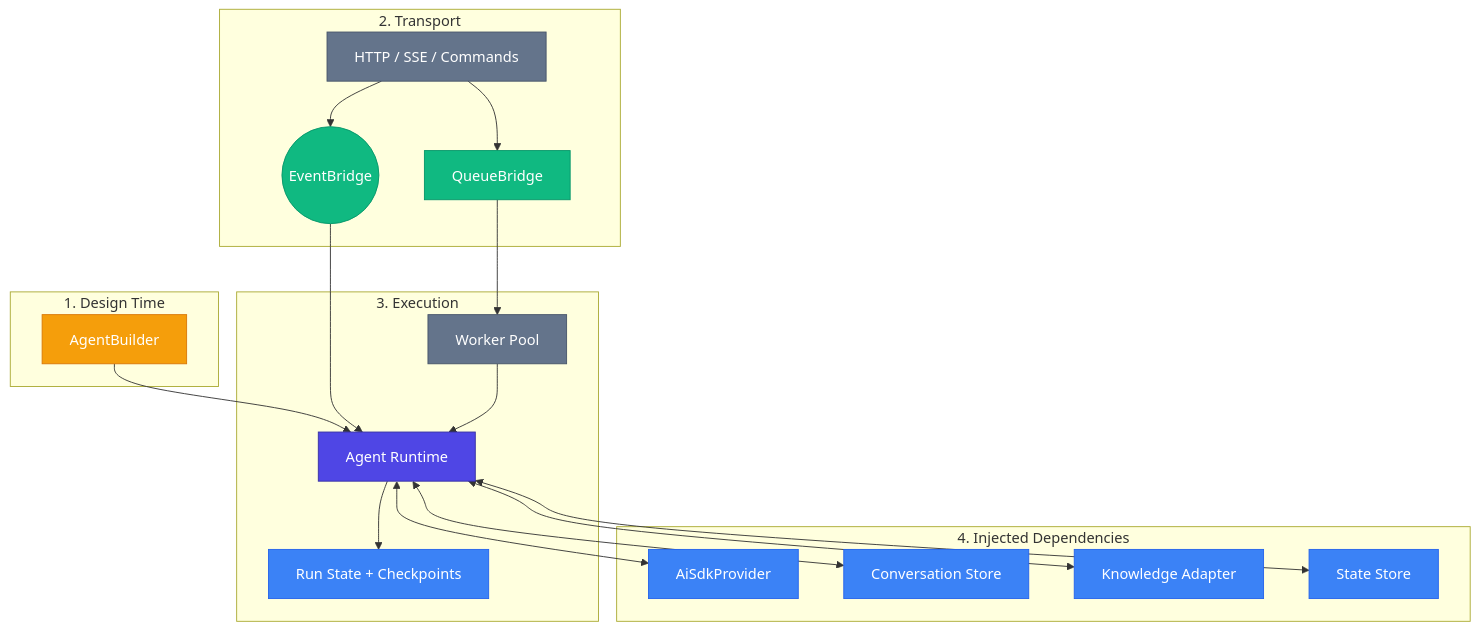
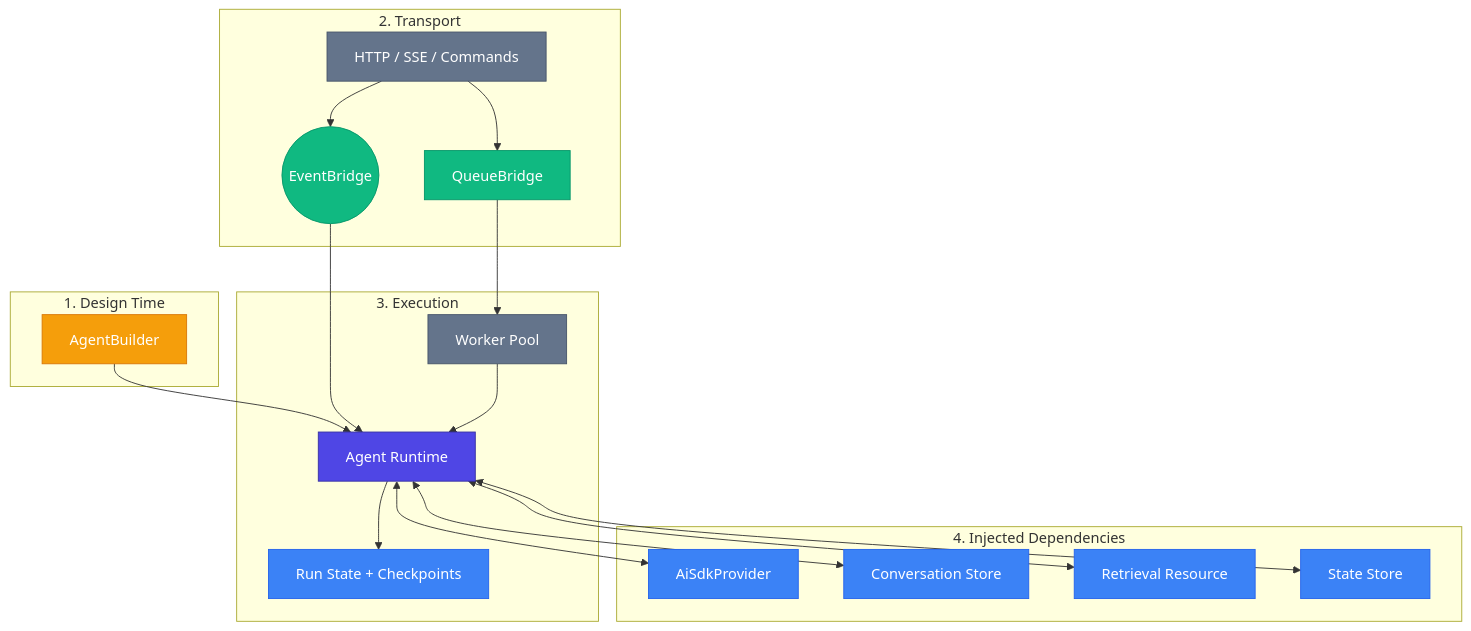
Before and after one commit to puristajs/purista: the diagram in website/doc/handbook/2_building_business-logic/agent/index.md, drawn with Mermaid. The commit also changed other lines of this file and 3121 other files, not shown here.

````diff
--- a/website/doc/handbook/2_building_business-logic/agent/index.md
+++ b/website/doc/handbook/2_building_business-logic/agent/index.md
@@ -20,42 +20,42 @@
 ```mermaid
 flowchart TB
     classDef builder fill:#f59e0b,color:#fff,stroke:#d97706
     classDef runtime fill:#4f46e5,color:#fff,stroke:#3730a3
     classDef bridge fill:#10b981,color:#fff,stroke:#059669
     classDef storage fill:#3b82f6,color:#fff,stroke:#2563eb
     classDef transport fill:#64748b,color:#fff,stroke:#475569
 
     subgraph Design ["1. Design Time"]
         B[AgentBuilder]:::builder
     end
 
     subgraph Transport ["2. Transport"]
         EB((EventBridge)):::bridge
         QB[QueueBridge]:::bridge
         HTTP[HTTP / SSE / Commands]:::transport
     end
 
     subgraph Runtime ["3. Execution"]
         AI[Agent Runtime]:::runtime
         W[Worker Pool]:::transport
         RUN[Run State + Checkpoints]:::storage
     end
 
     subgraph Deps ["4. Injected Dependencies"]
         P[AiSdkProvider]:::storage
         CS[Conversation Store]:::storage
-        KA[Knowledge Adapter]:::storage
+        RR[Retrieval Resource]:::storage
         ST[State Store]:::storage
     end
 
     B --> AI
     HTTP --> EB
     HTTP --> QB
     EB --> AI
     QB --> W --> AI
     AI --> RUN
     AI <--> P
     AI <--> CS
-    AI <--> KA
+    AI <--> RR
     AI <--> ST
 ```
````
